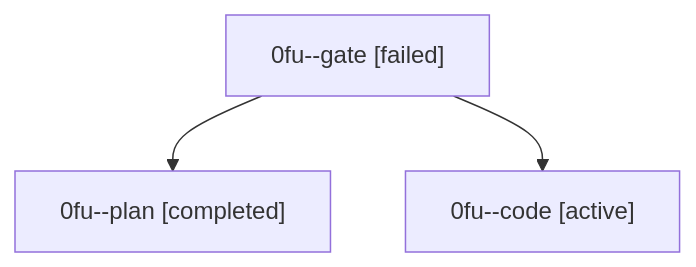
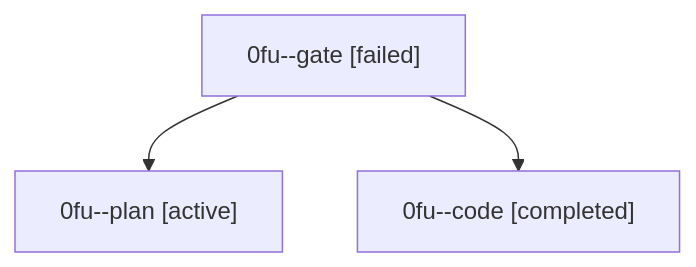
One commit to sase-org/sase--agents changed the diagram in families/bbugyi200.athena.0fu.md. Above: the diagram before and after it, drawn with Mermaid. The commit also changed other lines of this file and 35830 other files, not shown here.

````diff
--- a/families/bbugyi200.athena.0fu.md
+++ b/families/bbugyi200.athena.0fu.md
@@ -9,8 +9,8 @@
 ```mermaid
 flowchart TD
   n0["0fu--gate [failed]"]
-  n1["0fu--plan [completed]"]
+  n1["0fu--plan [active]"]
   n0 --> n1
-  n2["0fu--code [active]"]
+  n2["0fu--code [completed]"]
   n0 --> n2
 ```
````
